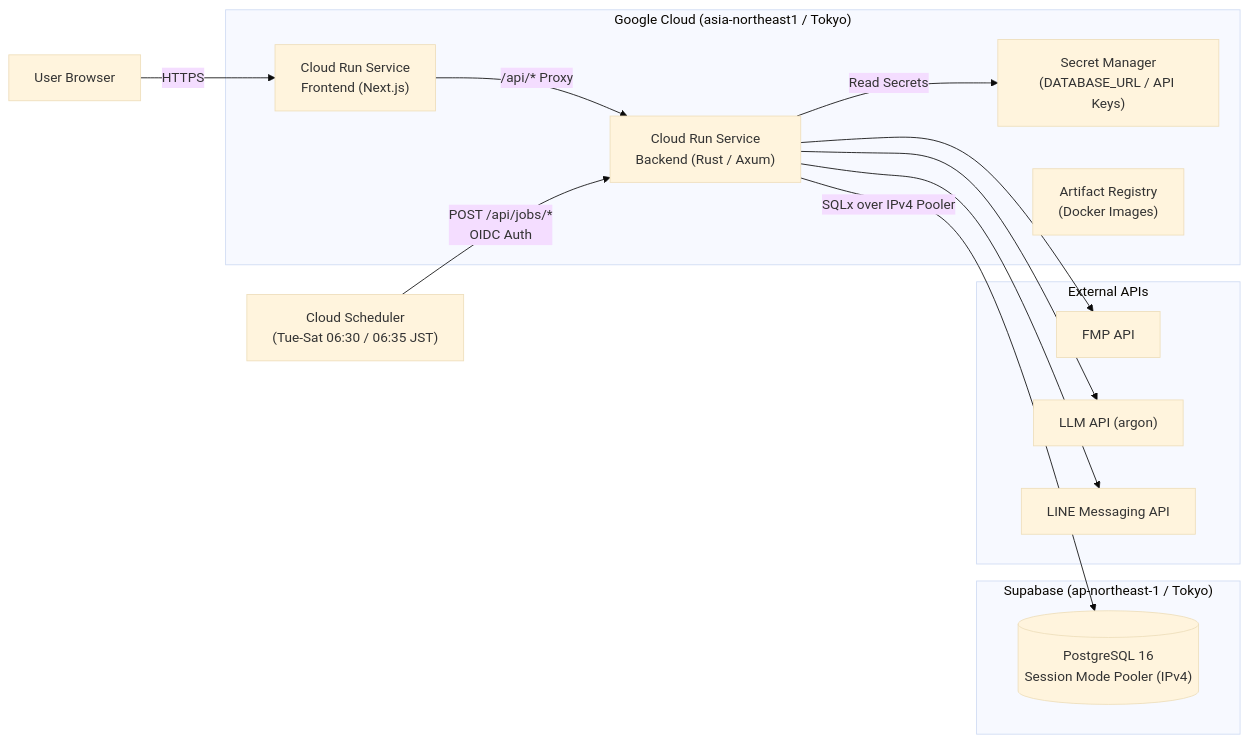
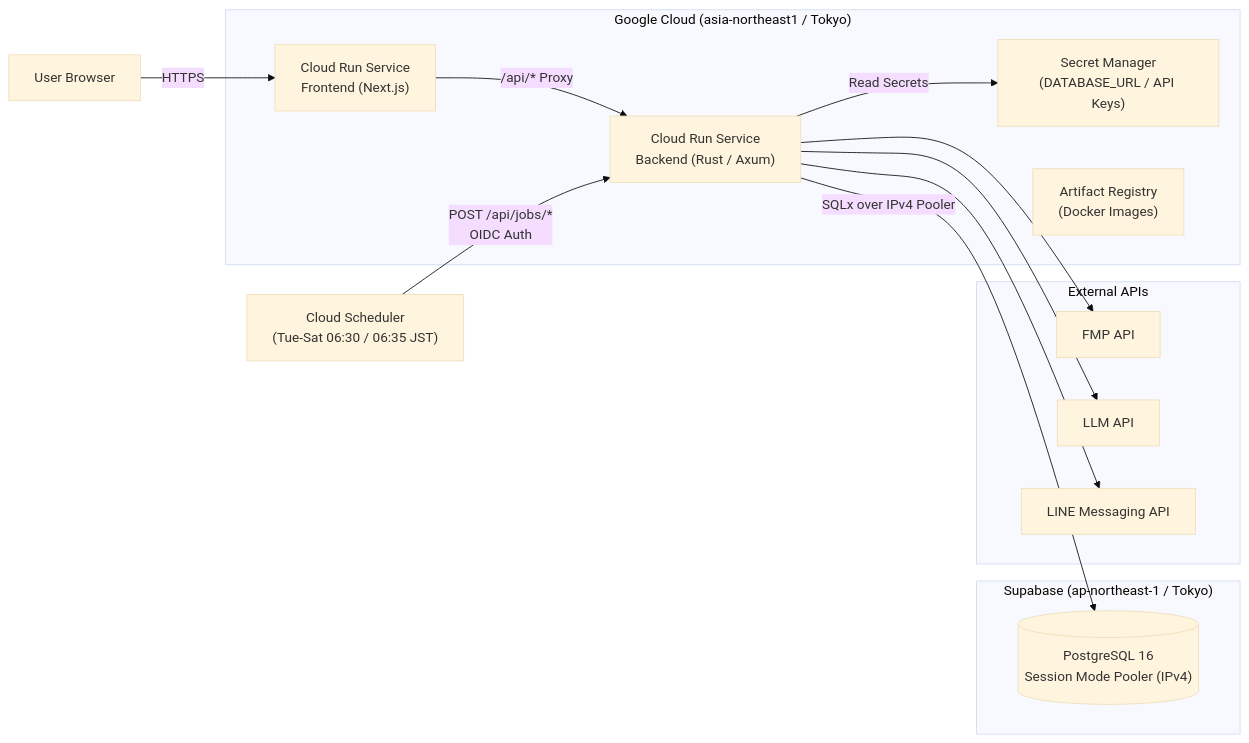
The diagram in terraform-gcp/README.md (kode-sandbox/kinun-signal), drawn with Mermaid (base theme) before and after one commit. The commit also changed 10 other files, not shown here.

Commit message:
refactor: remove argon LLM references from UI and notifications

````diff
--- a/terraform-gcp/README.md
+++ b/terraform-gcp/README.md
@@ -9,31 +9,31 @@
 ```mermaid
 graph LR
     User["User Browser"]
     Scheduler["Cloud Scheduler<br/>(Tue-Sat 06:30 / 06:35 JST)"]
 
     subgraph GCP["Google Cloud (asia-northeast1 / Tokyo)"]
         FE["Cloud Run Service<br/>Frontend (Next.js)"]
         BE["Cloud Run Service<br/>Backend (Rust / Axum)"]
         SM["Secret Manager<br/>(DATABASE_URL / API Keys)"]
         AR["Artifact Registry<br/>(Docker Images)"]
     end
 
     subgraph Supabase["Supabase (ap-northeast-1 / Tokyo)"]
         DB[("PostgreSQL 16<br/>Session Mode Pooler (IPv4)")]
     end
 
     subgraph External["External APIs"]
         FMP["FMP API"]
-        LLM["LLM API (argon)"]
+        LLM["LLM API"]
         LINE["LINE Messaging API"]
     end
 
     User -->|HTTPS| FE
     FE -->|/api/* Proxy| BE
     Scheduler -->|POST /api/jobs/*<br/>OIDC Auth| BE
     BE -->|Read Secrets| SM
     BE -->|SQLx over IPv4 Pooler| DB
     BE --> FMP
     BE --> LLM
     BE --> LINE
 ```
````
